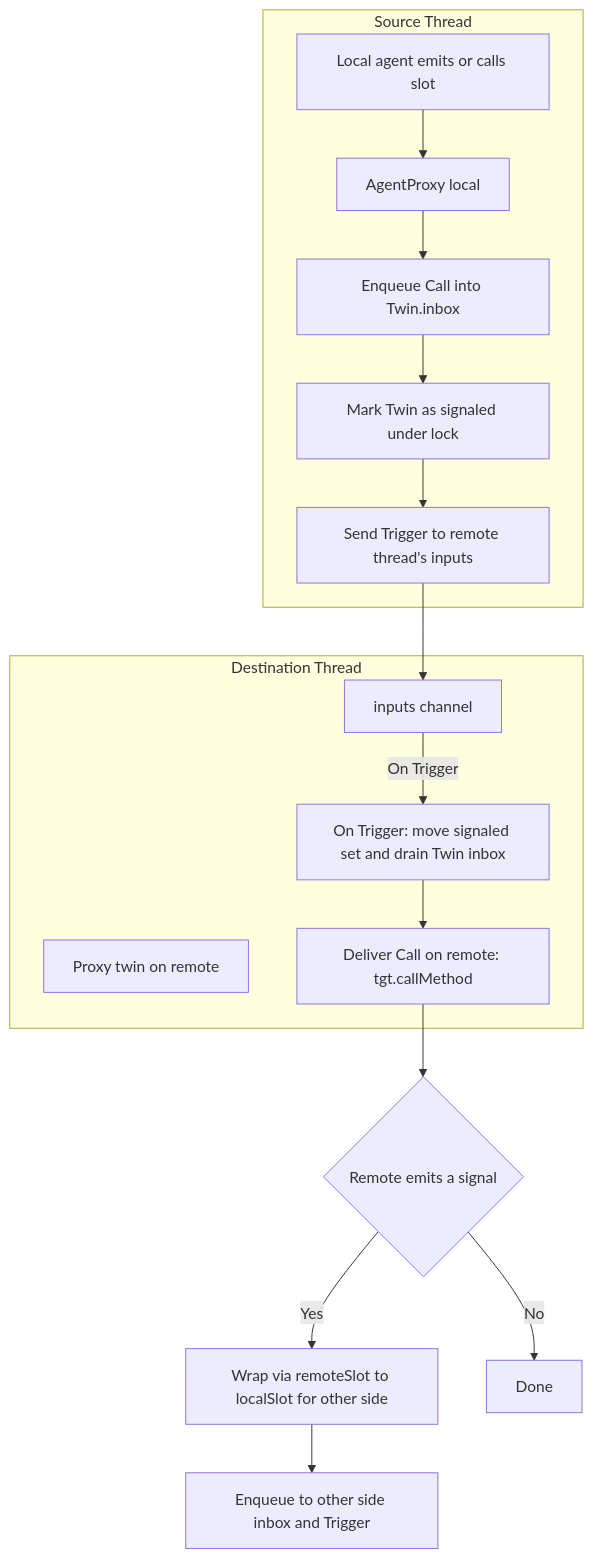
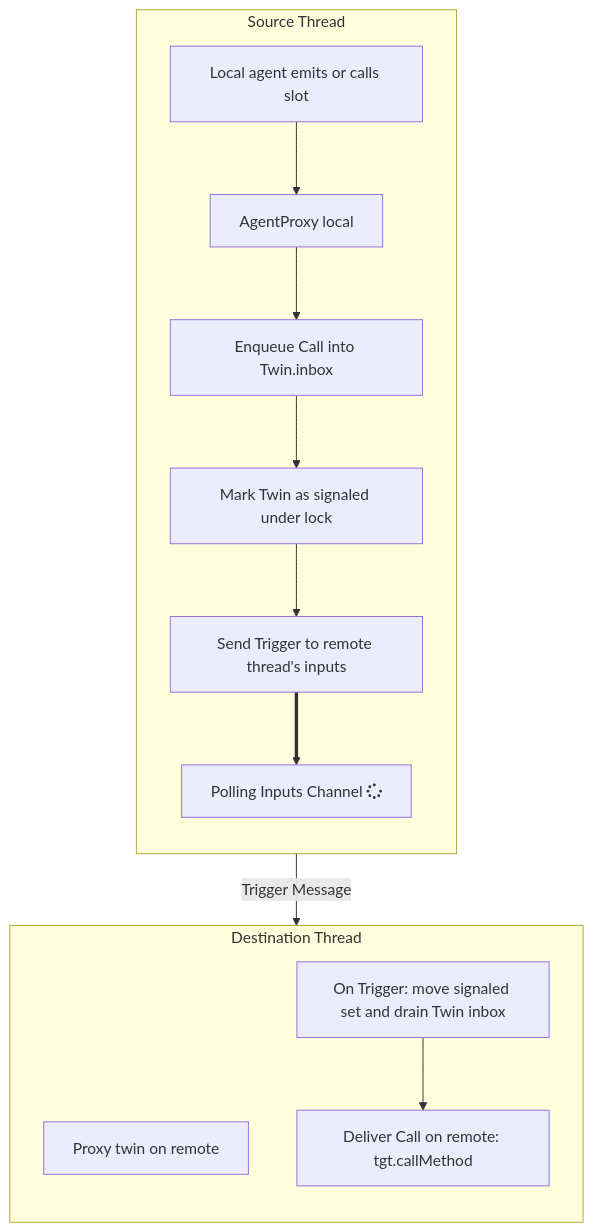
One commit to elcritch/sigils changed the first of 2 diagrams in docs/threading.md. Above: the diagram before and after it, drawn with Mermaid. The commit also changed other lines of this file, not shown here.

Commit message:
add threading docs

````diff
--- a/docs/threading.md
+++ b/docs/threading.md
@@ -191,29 +175,27 @@
 ```mermaid
 flowchart TD
   subgraph ST[Source Thread]
+    direction TB
     Caller[Local agent emits or calls slot];
     LP[AgentProxy local];
     Enqueue[Enqueue Call into Twin.inbox];
     Mark[Mark Twin as signaled under lock];
     Trigger[Send Trigger to remote thread's inputs];
     Caller --> LP;
     LP --> Enqueue;
     Enqueue --> Mark;
     Mark --> Trigger;
+    Trigger ==> RX;
   end
 
   subgraph DT[Destination Thread]
+    direction TB
     Twin[Proxy twin on remote];
-    RT[inputs channel];
+    RX[Polling Inputs Channel fa:fa-spinner];
     Drain[On Trigger: move signaled set and drain Twin inbox];
     Deliver[Deliver Call on remote: tgt.callMethod];
+    Drain --> Deliver;
   end
 
-  Trigger --> RT;
-  RT --On Trigger--> Drain;
-  Drain --> Deliver;
-  Deliver --> Back{Remote emits a signal};
-  Back -- Yes --> WrapBack[Wrap via remoteSlot to localSlot for other side];
-  WrapBack --> EnqueueBack[Enqueue to other side inbox and Trigger];
-  Back -- No --> Done[Done];
+  RX --Trigger Message--> Drain;
 ```
````
